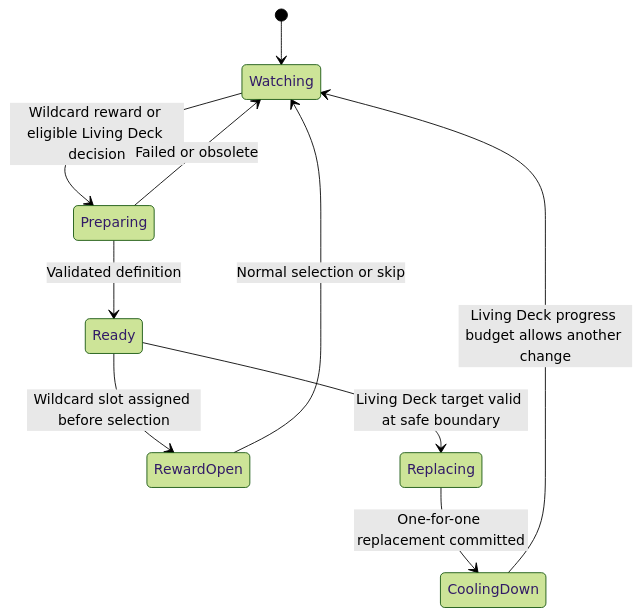
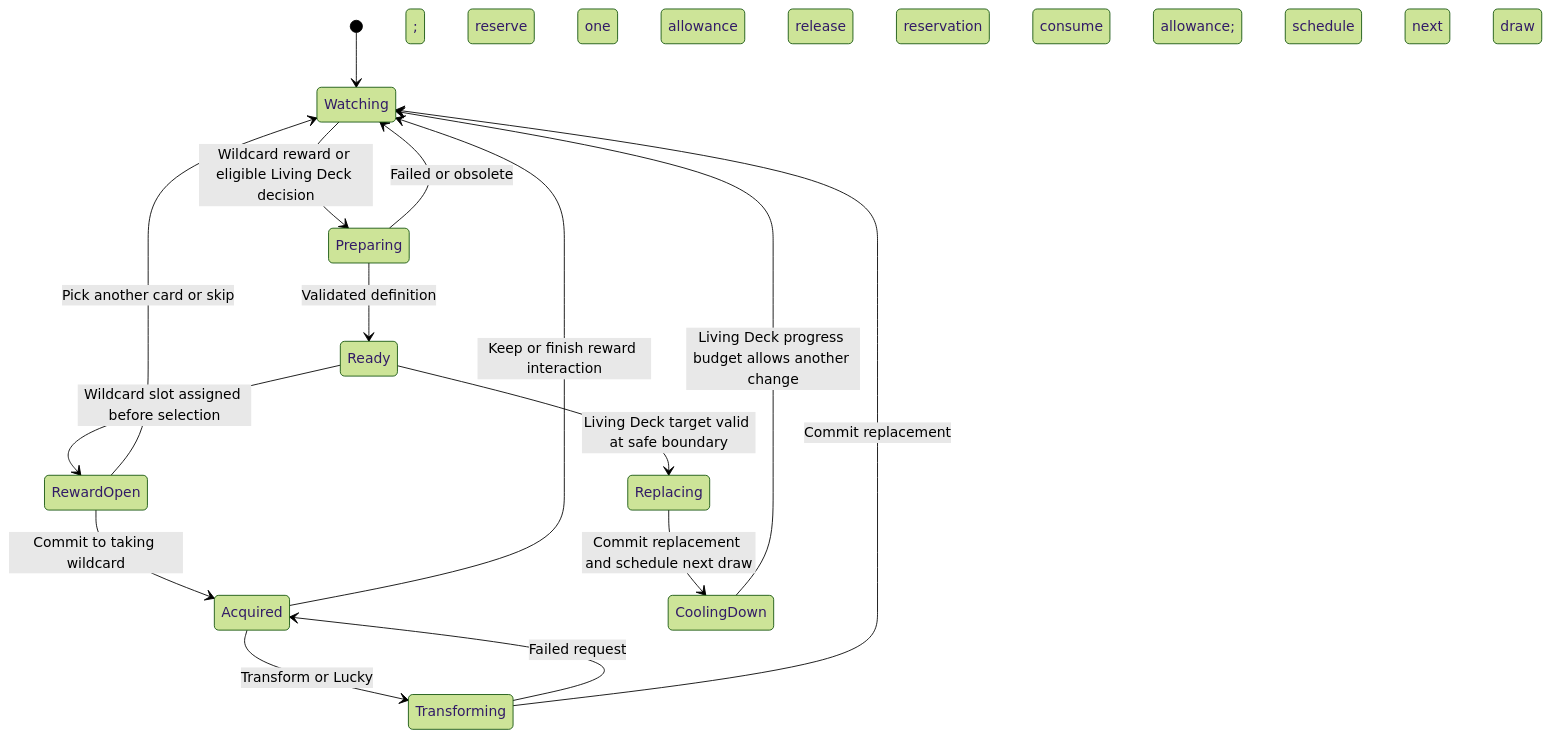
One commit to firatoezcan/slay-the-spire-voice changed the diagram in docs/ai-director-research.md. Above: the diagram before and after it, drawn with Mermaid (forest theme). The commit also changed other lines of this file and 5 other files, not shown here.

Commit message:
Define post-take transformations, next-turn draws, and Lucky twists

````diff
--- a/docs/ai-director-research.md
+++ b/docs/ai-director-research.md
@@ -72,12 +74,17 @@
 ```mermaid
 stateDiagram-v2
     [*] --> Watching
     Watching --> Preparing: Wildcard reward or eligible Living Deck decision
     Preparing --> Ready: Validated definition
     Preparing --> Watching: Failed or obsolete
     Ready --> RewardOpen: Wildcard slot assigned before selection
-    RewardOpen --> Watching: Normal selection or skip
+    RewardOpen --> Watching: Pick another card or skip
+    RewardOpen --> Acquired: Commit to taking wildcard
+    Acquired --> Watching: Keep or finish reward interaction
+    Acquired --> Transforming: Transform or Lucky; reserve one allowance
+    Transforming --> Acquired: Failed request; release reservation
+    Transforming --> Watching: Commit replacement; consume allowance; schedule next draw
     Ready --> Replacing: Living Deck target valid at safe boundary
-    Replacing --> CoolingDown: One-for-one replacement committed
+    Replacing --> CoolingDown: Commit replacement and schedule next draw
     CoolingDown --> Watching: Living Deck progress budget allows another change
 ```
````
